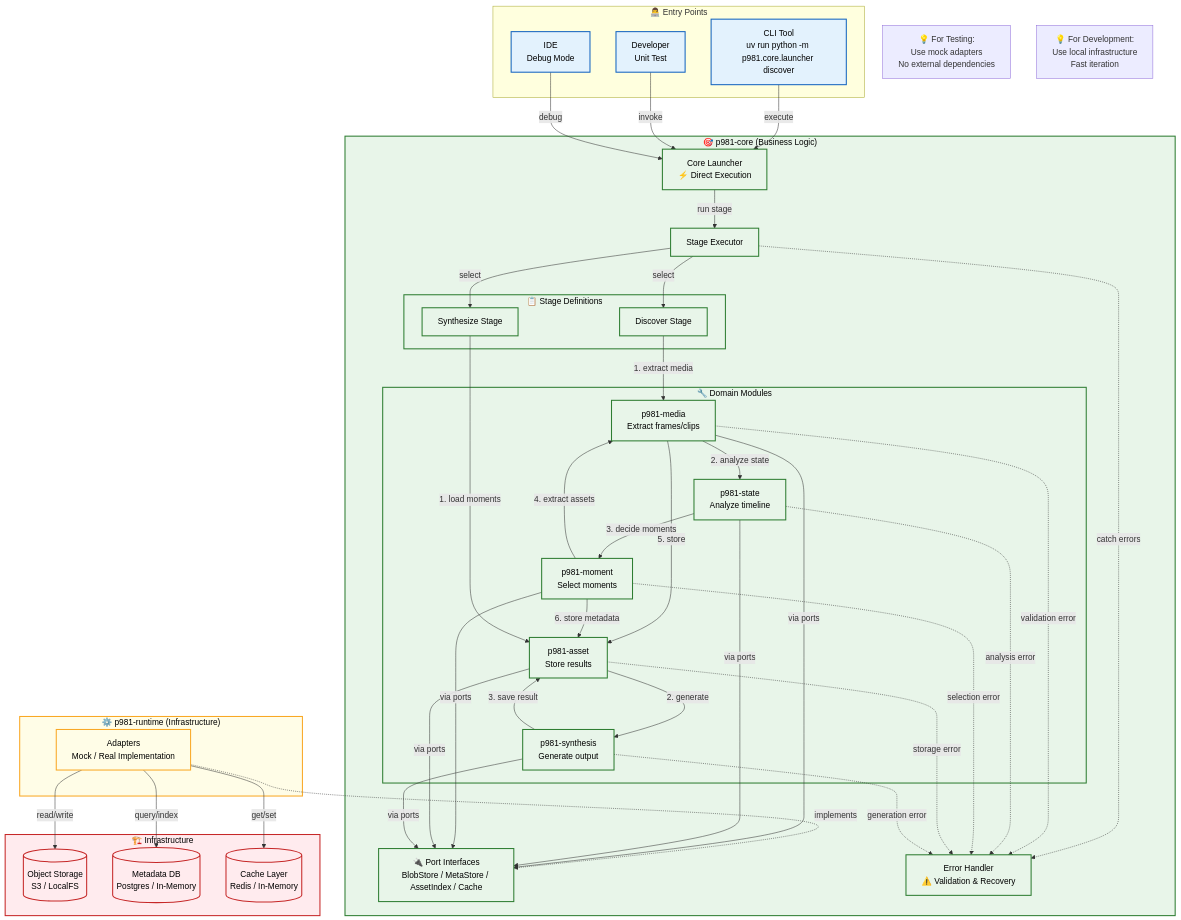
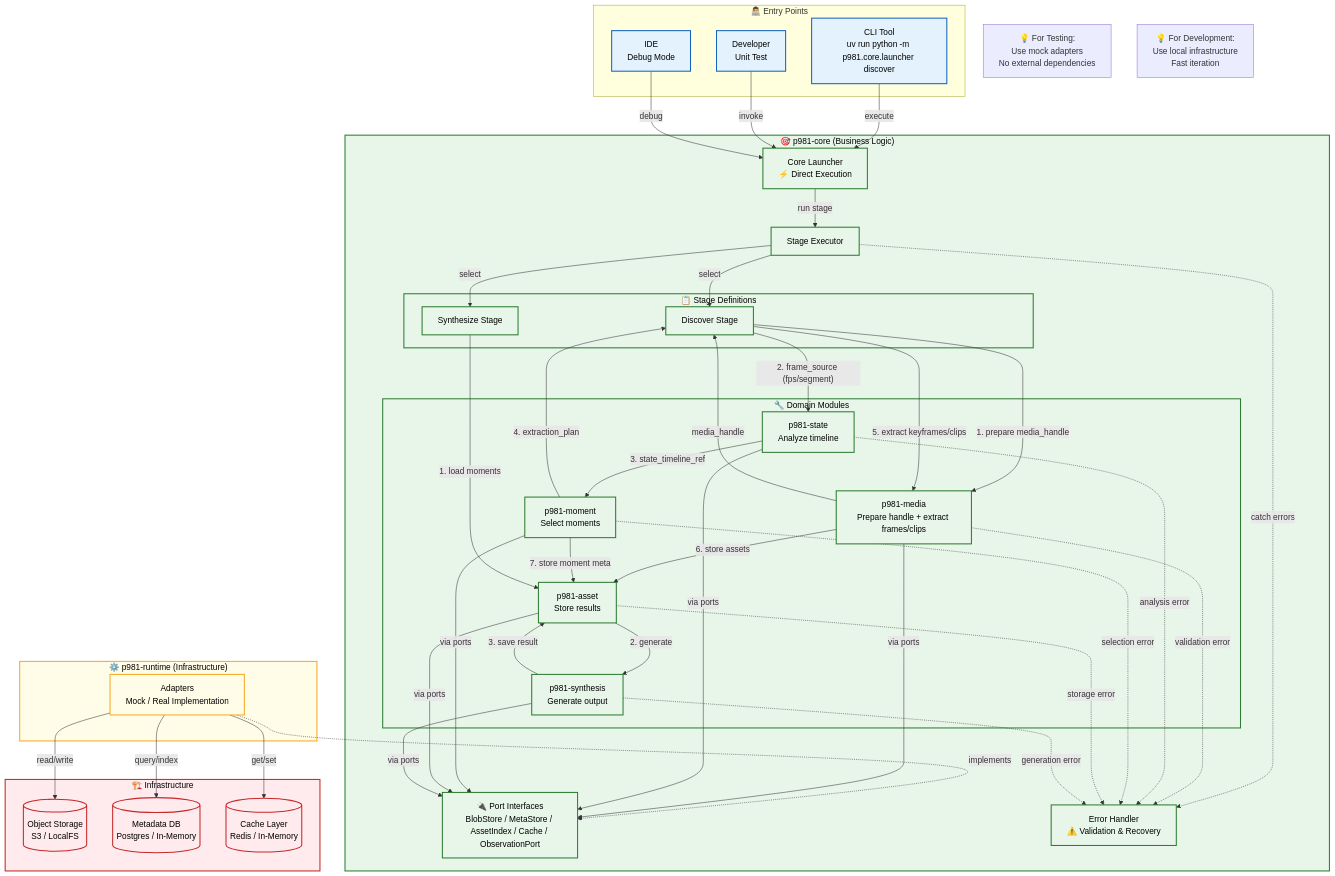
One commit to monolith-hyeonrae/portrait981 changed the diagram in specs/diagrams/core.mmd. Above: the diagram before and after it, drawn with Mermaid. The commit also changed 50 other files, not shown here.

```diff
--- a/specs/diagrams/core.mmd
+++ b/specs/diagrams/core.mmd
@@ -1,94 +1,96 @@
 graph TB
   classDef entry fill:#e3f2fd,stroke:#1565c0,stroke-width:2px,color:#000
   classDef core fill:#e8f5e9,stroke:#2e7d32,stroke-width:2px,color:#000
   classDef runtime fill:#fffde7,stroke:#f9a825,stroke-width:2px,color:#000
   classDef infra fill:#ffebee,stroke:#c62828,stroke-width:2px,color:#000
   
   subgraph ENTRY["👨‍💻 Entry Points"]
     CLI[CLI Tool<br/>uv run python -m p981.core.launcher discover]
     DEV[Developer<br/>Unit Test]
     IDE[IDE<br/>Debug Mode]
   end
   
   subgraph CORE["🎯 p981-core (Business Logic)"]
     LAUNCH[Core Launcher<br/>⚡ Direct Execution]
     EXEC[Stage Executor]
     
     subgraph STAGE["📋 Stage Definitions"]
       DISC[Discover Stage]
       SYN[Synthesize Stage]
     end
     
     subgraph DOMAIN["🔧 Domain Modules"]
-      MEDIA[p981-media<br/>Extract frames/clips]
+      MEDIA[p981-media<br/>Prepare handle + extract frames/clips]
       STATE[p981-state<br/>Analyze timeline]
       MOMENT[p981-moment<br/>Select moments]
       ASSET[p981-asset<br/>Store results]
       SYNTH[p981-synthesis<br/>Generate output]
     end
     
-    PORTS[🔌 Port Interfaces<br/>BlobStore / MetaStore / AssetIndex / Cache]
+    PORTS[🔌 Port Interfaces<br/>BlobStore / MetaStore / AssetIndex / Cache / ObservationPort]
     ERR[Error Handler<br/>⚠️ Validation & Recovery]
   end
   
   subgraph RUNTIME["⚙️ p981-runtime (Infrastructure)"]
     ADAPTERS[Adapters<br/>Mock / Real Implementation]
   end
   
   subgraph INFRA["🏗️ Infrastructure"]
     OBJ[(Object Storage<br/>S3 / LocalFS)]
     META[(Metadata DB<br/>Postgres / In-Memory)]
     CACHE[(Cache Layer<br/>Redis / In-Memory)]
   end
   
   %% Entry → Core
   CLI -->|execute| LAUNCH
   DEV -->|invoke| LAUNCH
   IDE -->|debug| LAUNCH
   
   %% Core Execution Flow
   LAUNCH -->|run stage| EXEC
   EXEC -->|select| DISC
   EXEC -->|select| SYN
   EXEC -.catch errors.-> ERR
   
   %% Discover Stage Flow
-  DISC -->|1. extract media| MEDIA
-  MEDIA -->|2. analyze state| STATE
-  STATE -->|3. decide moments| MOMENT
-  MOMENT -->|4. extract assets| MEDIA
-  MEDIA -->|5. store| ASSET
-  MOMENT -->|6. store metadata| ASSET
+  DISC -->|1. prepare media_handle| MEDIA
+  MEDIA -->|media_handle| DISC
+  DISC -->|"2. frame_source (fps/segment)"| STATE
+  STATE -->|3. state_timeline_ref| MOMENT
+  MOMENT -->|4. extraction_plan| DISC
+  DISC -->|5. extract keyframes/clips| MEDIA
+  MEDIA -->|6. store assets| ASSET
+  MOMENT -->|7. store moment meta| ASSET
   
   %% Synthesize Stage Flow
   SYN -->|1. load moments| ASSET
   ASSET -->|2. generate| SYNTH
   SYNTH -->|3. save result| ASSET
   
   %% Error Flow
   MEDIA -.validation error.-> ERR
   STATE -.analysis error.-> ERR
   MOMENT -.selection error.-> ERR
   ASSET -.storage error.-> ERR
   SYNTH -.generation error.-> ERR
   
   %% Port → Adapter → Infrastructure
   ADAPTERS -.implements.-> PORTS
   MEDIA -->|via ports| PORTS
   STATE -->|via ports| PORTS
   MOMENT -->|via ports| PORTS
   ASSET -->|via ports| PORTS
   SYNTH -->|via ports| PORTS
   
   ADAPTERS -->|read/write| OBJ
   ADAPTERS -->|query/index| META
   ADAPTERS -->|get/set| CACHE
   
   %% Annotations
   note1[💡 For Testing:<br/>Use mock adapters<br/>No external dependencies]
   note2[💡 For Development:<br/>Use local infrastructure<br/>Fast iteration]
   
   class CLI,DEV,IDE entry
   class CORE,LAUNCH,EXEC,STAGE,DISC,SYN,DOMAIN,MEDIA,STATE,MOMENT,ASSET,SYNTH,PORTS,ERR core
   class RUNTIME,ADAPTERS runtime
   class INFRA,OBJ,META,CACHE infra
```
